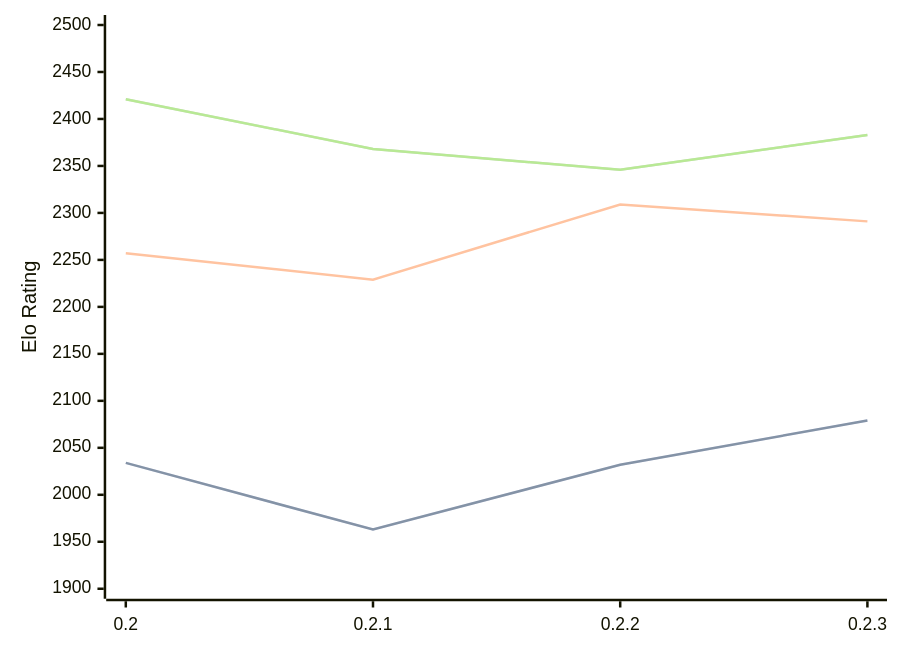
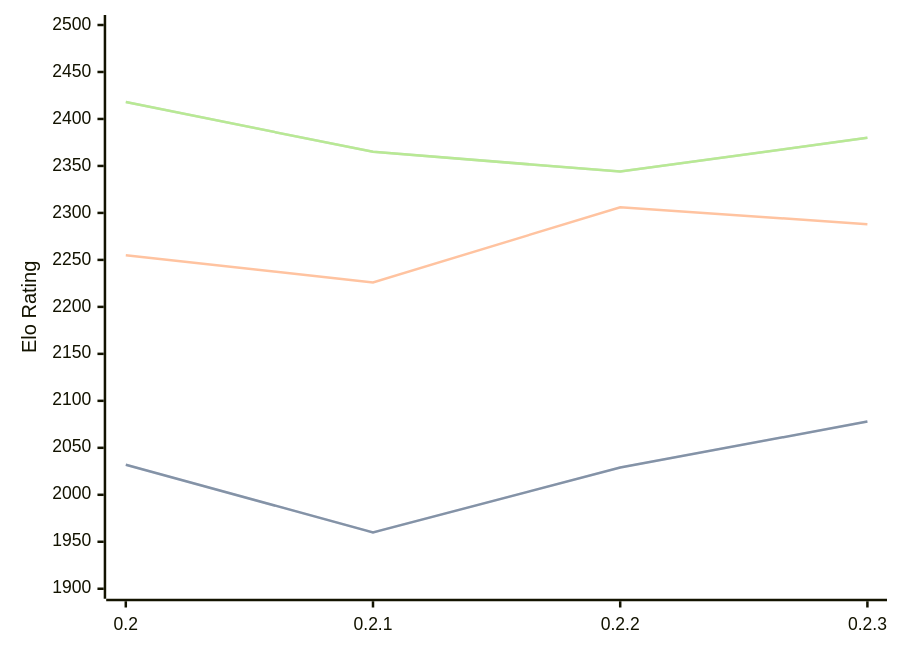
The diagram in engines/Lolbot.md (computer-chess-index/cci), drawn with Mermaid before and after one commit. The commit also changed other lines of this file, not shown here.

Commit message:
Update CCI Ratings (ELO VLTC) - 2026-03-11

````diff
--- a/engines/Lolbot.md
+++ b/engines/Lolbot.md
@@ -33,11 +33,11 @@
 ```mermaid
 %%{init: {"theme":"base","themeVariables":{"seriesColors:['#a3a3a3','#222221','#faa371']}}}%%
 xychart-beta
   x-axis ["0.2", "0.2.1", "0.2.2", "0.2.3"]
   y-axis "Elo Rating" 1900 --> 2500
-  line "STC (8.0+0.08s)" [2034, 1963, 2032, 2079]
-  line "STC (8.0+0.08s)" [2034, 1963, 2032, 2079]
-  line "LTC (60.0+0.60s)" [2257, 2229, 2309, 2291]
-  line "VLTC (2m24s+1.12s)" [2421, 2368, 2346, 2383]
-  line "VLTC (2m24s+1.12s)" [2421, 2368, 2346, 2383]
+  line "STC (8.0+0.08s)" [2032, 1960, 2029, 2078]
+  line "STC (8.0+0.08s)" [2032, 1960, 2029, 2078]
+  line "LTC (60.0+0.60s)" [2255, 2226, 2306, 2288]
+  line "VLTC (2m24s+1.12s)" [2418, 2365, 2344, 2380]
+  line "VLTC (2m24s+1.12s)" [2418, 2365, 2344, 2380]
 ```
````
